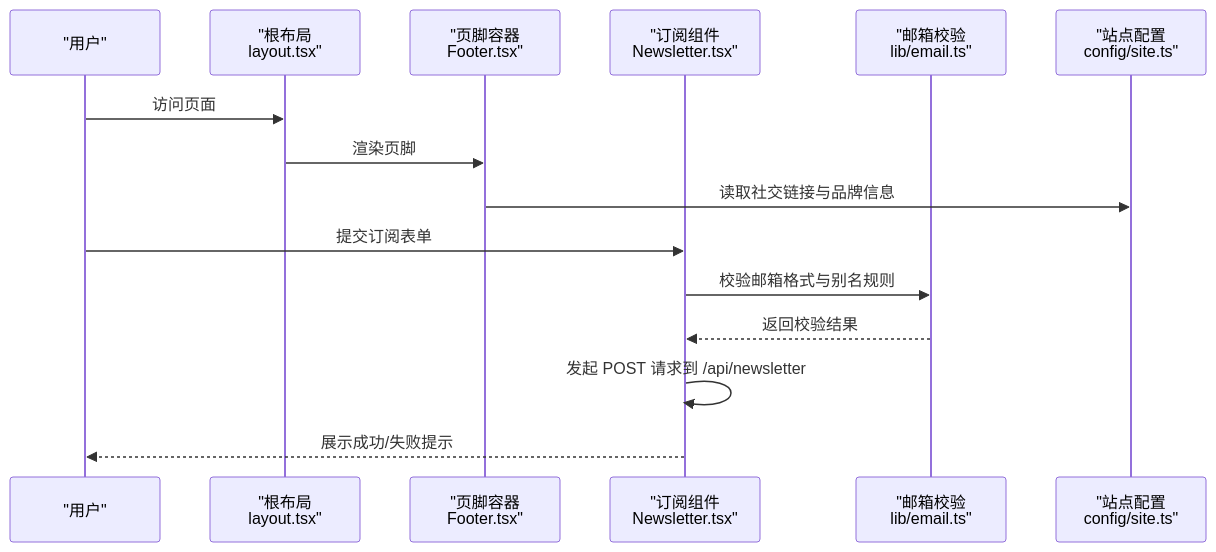
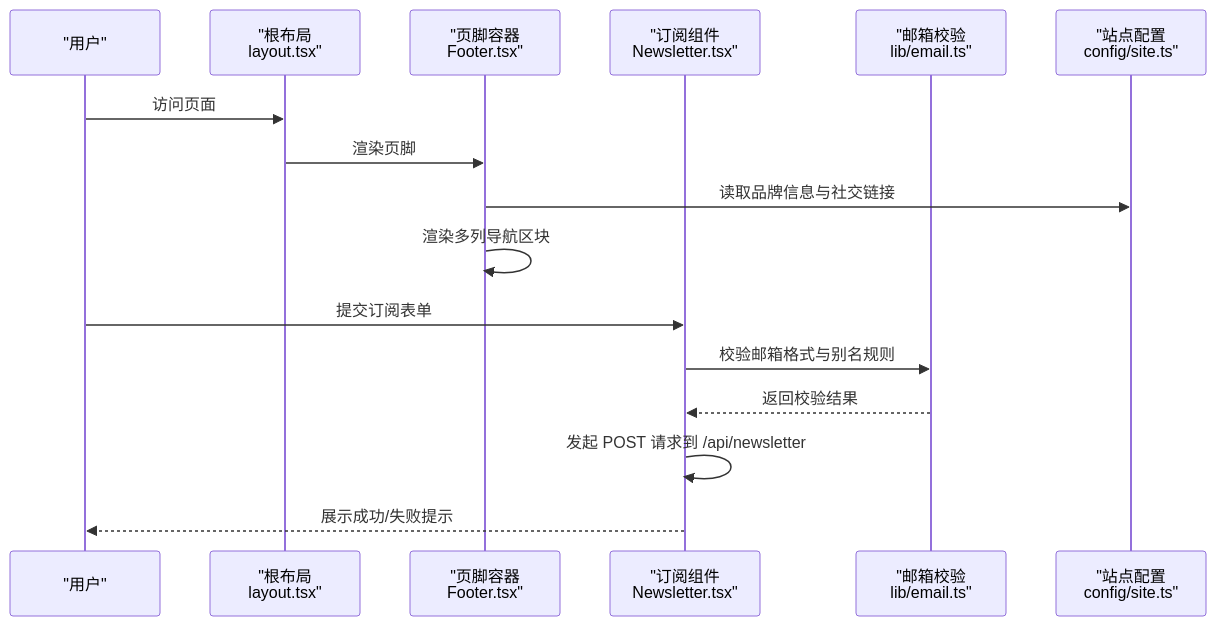
One commit to billychou/linkedin-answer changed the second of 4 diagrams in .qoder/repowiki/zh/content/用户界面组件/页脚系统.md. Above: the diagram before and after it, drawn with Mermaid. The commit also changed other lines of this file and 10 other files, not shown here.

````diff
--- a/.qoder/repowiki/zh/content/用户界面组件/页脚系统.md
+++ b/.qoder/repowiki/zh/content/用户界面组件/页脚系统.md
@@ -83,17 +95,18 @@
 ```mermaid
 sequenceDiagram
 participant U as "用户"
 participant L as "根布局<br/>layout.tsx"
 participant F as "页脚容器<br/>Footer.tsx"
 participant N as "订阅组件<br/>Newsletter.tsx"
 participant E as "邮箱校验<br/>lib/email.ts"
 participant S as "站点配置<br/>config/site.ts"
 U->>L : 访问页面
 L->>F : 渲染页脚
-F->>S : 读取社交链接与品牌信息
+F->>S : 读取品牌信息与社交链接
+F->>F : 渲染多列导航区块
 U->>N : 提交订阅表单
 N->>E : 校验邮箱格式与别名规则
 E-->>N : 返回校验结果
 N->>N : 发起 POST 请求到 /api/newsletter
 N-->>U : 展示成功/失败提示
 ```
````
